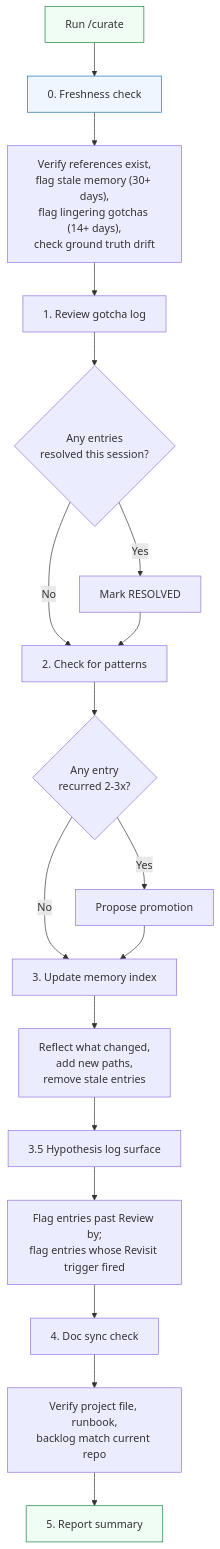
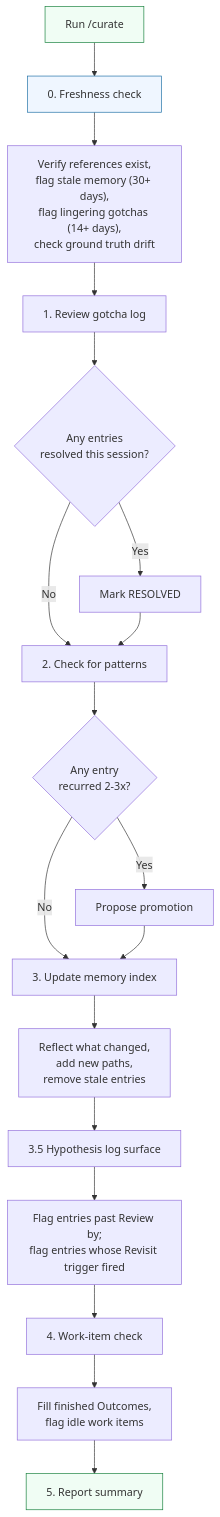
The third of 4 diagrams in docs/guide/04-the-rhythm.md (ducroq/agent-ready-projects), drawn with Mermaid before and after one commit. The commit also changed other lines of this file and 8 other files, not shown here.

First line of the commit message:
curate: retire Step 0 sub-step 4 and Step 4 doc sync (#367)

````diff
--- a/docs/guide/04-the-rhythm.md
+++ b/docs/guide/04-the-rhythm.md
@@ -54,36 +54,36 @@
 ```mermaid
 flowchart TD
     Start["Run /curate"] --> Step0
 
     Step0["0. Freshness check"]
     Step0 --> Fresh["Verify references exist,<br/>flag stale memory (30+ days),<br/>flag lingering gotchas (14+ days),<br/>check ground truth drift"]
     Fresh --> Step1
 
     Step1["1. Review gotcha log"]
     Step1 --> Q1{"Any entries<br/>resolved this session?"}
     Q1 -- Yes --> Mark["Mark RESOLVED"]
     Q1 -- No --> Step2
     Mark --> Step2
 
     Step2["2. Check for patterns"]
     Step2 --> Q2{"Any entry<br/>recurred 2-3x?"}
     Q2 -- Yes --> Propose["Propose promotion"]
     Q2 -- No --> Step3
     Propose --> Step3
 
     Step3["3. Update memory index"]
     Step3 --> Update["Reflect what changed,<br/>add new paths,<br/>remove stale entries"]
     Update --> StepHL
 
     StepHL["3.5 Hypothesis log surface"]
     StepHL --> SurfaceHL["Flag entries past Review by;<br/>flag entries whose Revisit trigger fired"]
     SurfaceHL --> Step4
 
-    Step4["4. Doc sync check"]
-    Step4 --> Sync["Verify project file, runbook,<br/>backlog match current repo"]
+    Step4["4. Work-item check"]
+    Step4 --> Sync["Fill finished Outcomes,<br/>flag idle work items"]
     Sync --> Report["5. Report summary"]
 
     style Start fill:#f0fdf4,stroke:#16803c
     style Step0 fill:#eff6ff,stroke:#1d6fa5
     style Report fill:#f0fdf4,stroke:#16803c
 ```
````
